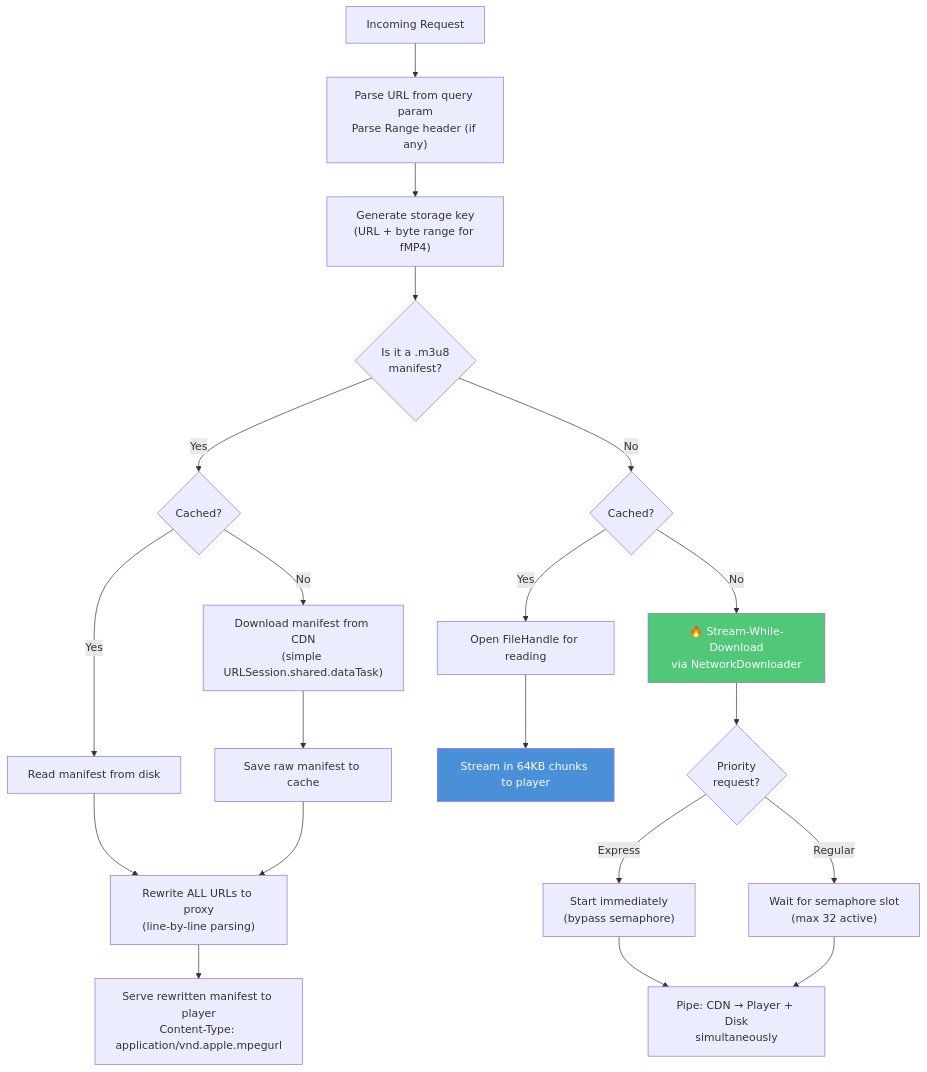
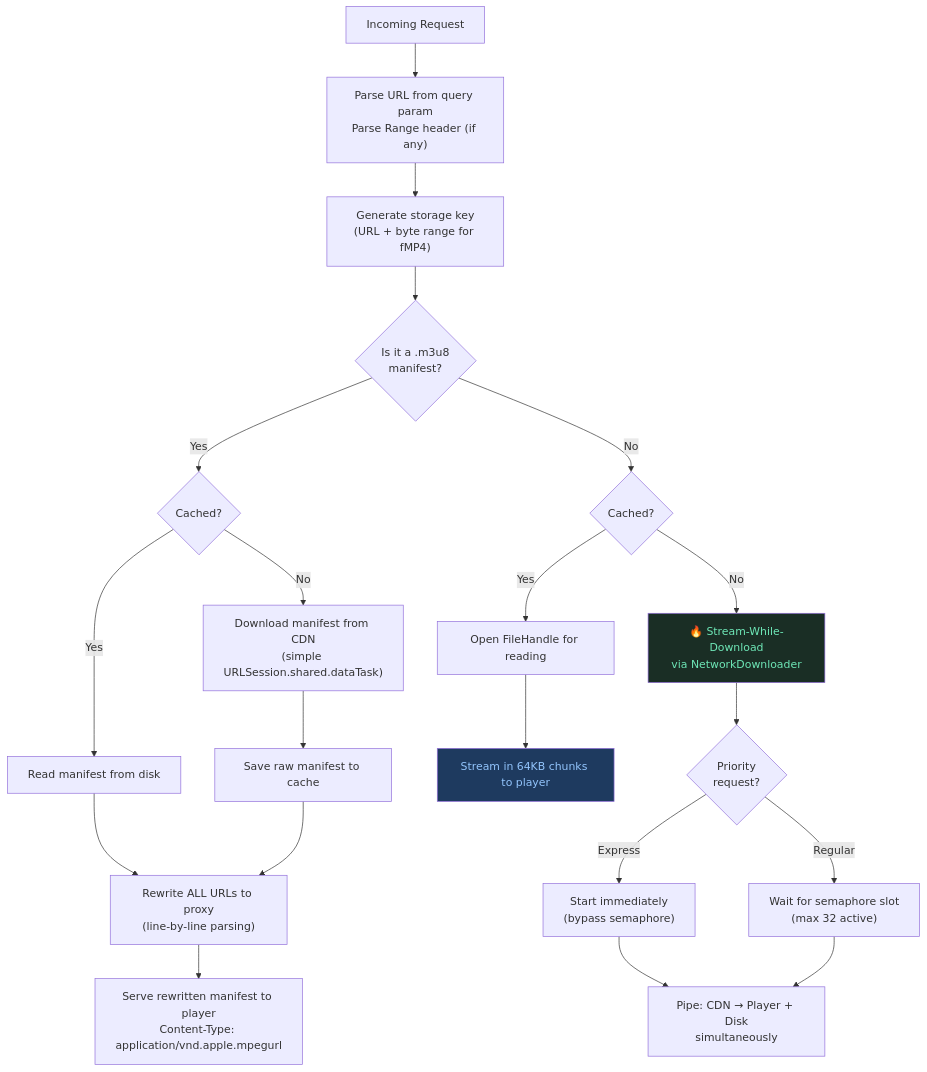
One commit to Monisankarnath/monisankarnath-portfolio changed diagram 12 of 13 in src/content/case-studies/expo-video-ios-offline-caching.md. Above: the diagram before and after it, drawn with Mermaid. The commit also changed other lines of this file and 19 other files, not shown here.

Commit message:
chore: mermaid build and listing revamp

````diff
--- a/src/content/case-studies/expo-video-ios-offline-caching.md
+++ b/src/content/case-studies/expo-video-ios-offline-caching.md
@@ -762,28 +764,28 @@
 ```mermaid
 flowchart TD
-    Request["Incoming Request"] --> Parse["Parse URL from query param\nParse Range header (if any)"]
-    Parse --> GenKey["Generate storage key\n(URL + byte range for fMP4)"]
-    GenKey --> IsManifest{"Is it a .m3u8\nmanifest?"}
+    Request["Incoming Request"] --> Parse["Parse URL from query param<br/>Parse Range header (if any)"]
+    Parse --> GenKey["Generate storage key<br/>(URL + byte range for fMP4)"]
+    GenKey --> IsManifest{"Is it a .m3u8<br/>manifest?"}
 
     IsManifest -->|"Yes"| ManCached{"Cached?"}
     ManCached -->|"Yes"| ReadMan["Read manifest from disk"]
-    ManCached -->|"No"| DownloadMan["Download manifest from CDN\n(simple URLSession.shared.dataTask)"]
+    ManCached -->|"No"| DownloadMan["Download manifest from CDN<br/>(simple URLSession.shared.dataTask)"]
     DownloadMan --> SaveMan["Save raw manifest to cache"]
-    ReadMan --> RewriteMan["Rewrite ALL URLs to proxy\n(line-by-line parsing)"]
+    ReadMan --> RewriteMan["Rewrite ALL URLs to proxy<br/>(line-by-line parsing)"]
     SaveMan --> RewriteMan
-    RewriteMan --> ServeMan["Serve rewritten manifest to player\nContent-Type: application/vnd.apple.mpegurl"]
+    RewriteMan --> ServeMan["Serve rewritten manifest to player<br/>Content-Type: application/vnd.apple.mpegurl"]
 
     IsManifest -->|"No"| SegCached{"Cached?"}
     SegCached -->|"Yes"| OpenHandle["Open FileHandle for reading"]
     OpenHandle --> StreamDisk["Stream in 64KB chunks to player"]
 
-    SegCached -->|"No"| StartStream["🔥 Stream-While-Download\nvia NetworkDownloader"]
-    StartStream --> Priority{"Priority\nrequest?"}
-    Priority -->|"Express"| Immediate["Start immediately\n(bypass semaphore)"]
-    Priority -->|"Regular"| Queue["Wait for semaphore slot\n(max 32 active)"]
-    Immediate --> Pipe["Pipe: CDN → Player + Disk\nsimultaneously"]
+    SegCached -->|"No"| StartStream["🔥 Stream-While-Download<br/>via NetworkDownloader"]
+    StartStream --> Priority{"Priority<br/>request?"}
+    Priority -->|"Express"| Immediate["Start immediately<br/>(bypass semaphore)"]
+    Priority -->|"Regular"| Queue["Wait for semaphore slot<br/>(max 32 active)"]
+    Immediate --> Pipe["Pipe: CDN → Player + Disk<br/>simultaneously"]
     Queue --> Pipe
 
-    style StartStream fill:#50C878,color:#fff
-    style StreamDisk fill:#4A90D9,color:#fff
+    style StartStream fill:#1a2e25,color:#6ee7b7
+    style StreamDisk fill:#1e3a5f,color:#93c5fd
 ```
````
